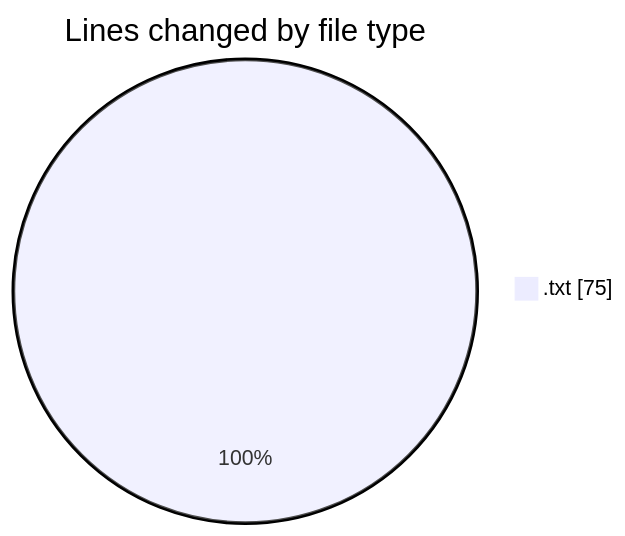
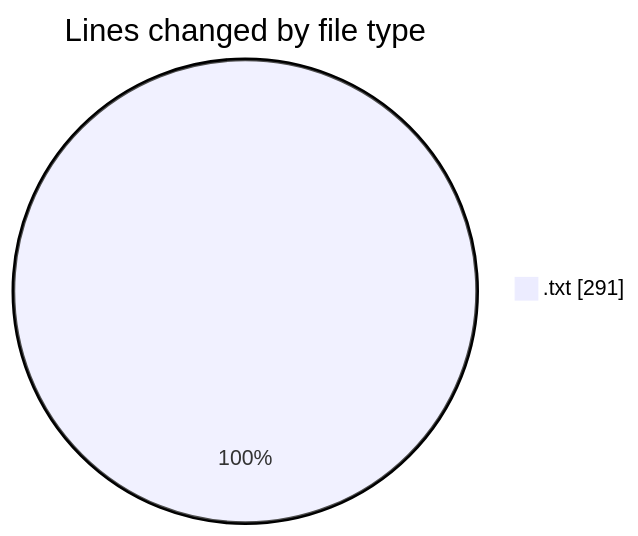
Before and after one commit to lephambinh05/code-tracking: the first of 2 diagrams in 2025-07-29/csdl/README.md, drawn with Mermaid. The commit also changed other lines of this file and 1 other file, not shown here.

````diff
--- a/2025-07-29/csdl/README.md
+++ b/2025-07-29/csdl/README.md
@@ -20,5 +21,5 @@
 ```mermaid
 pie showData
 title Lines changed by file type
-".txt" : 75
+".txt" : 291
 ```
````
